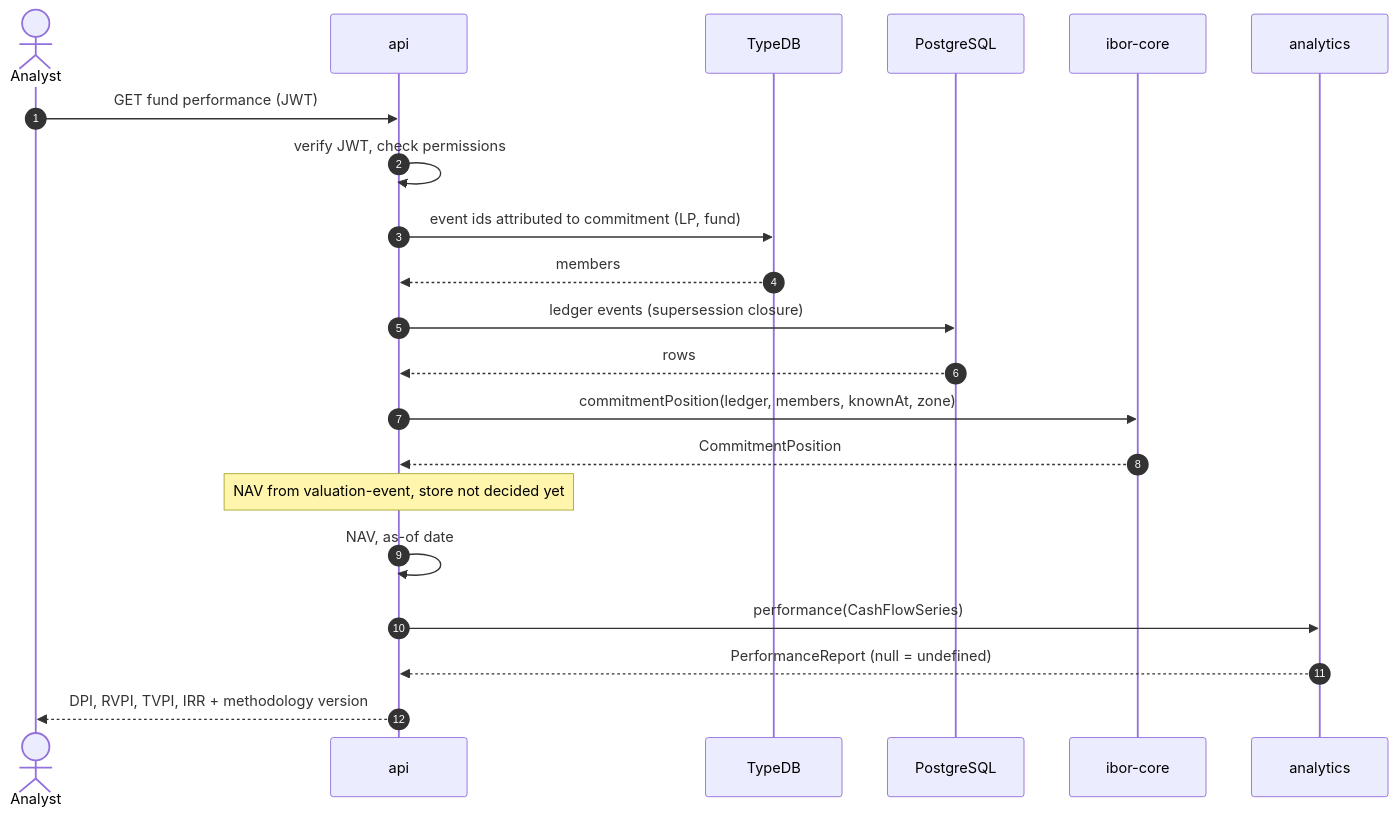
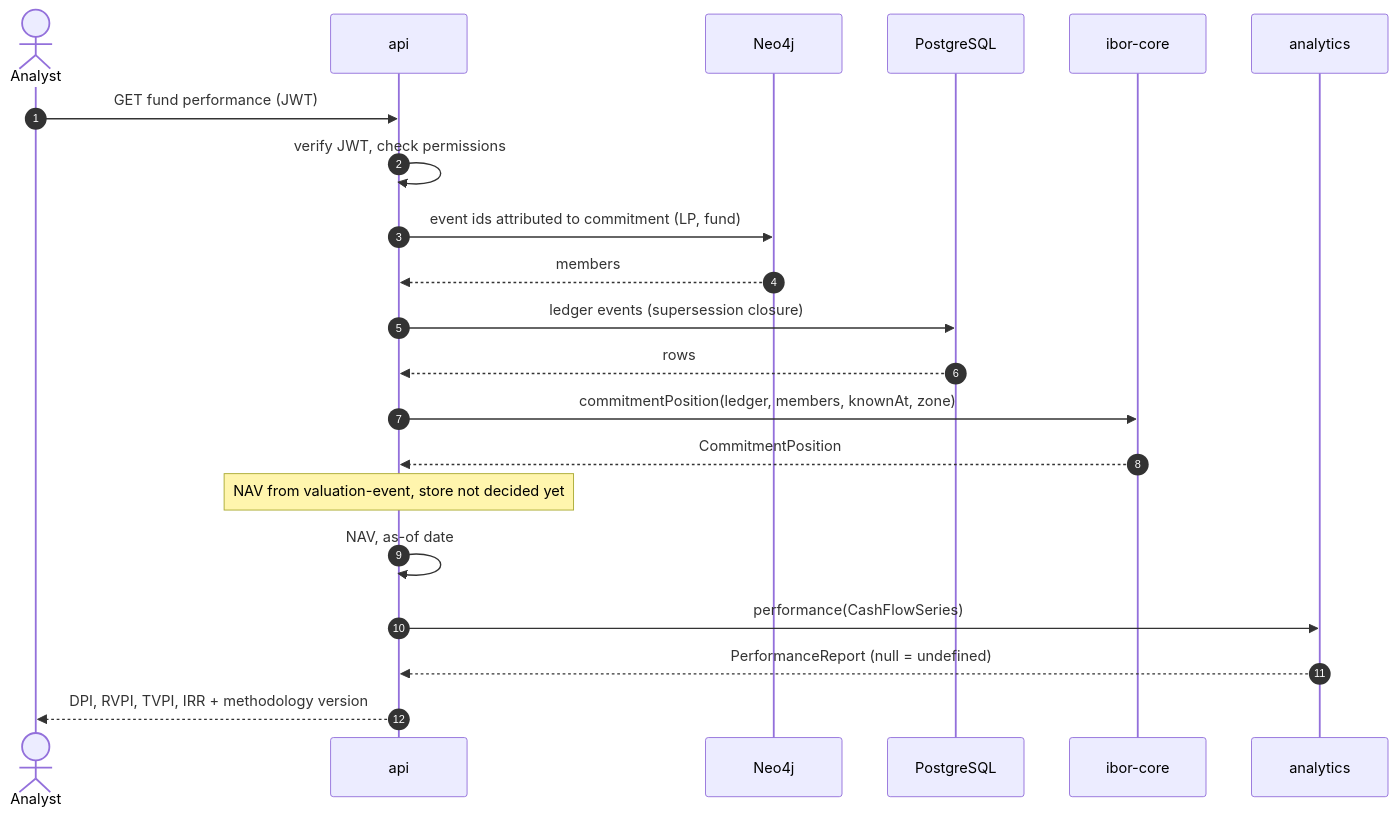
Diagram 12 of 15 in docs/system-design.md (TANTIRA/OCTO), drawn with Mermaid before and after one commit. The commit also changed other lines of this file and 40 other files, not shown here.

First line of the commit message:
feat: Neo4j graph store — provisioning + Cypher schema of record (#190)

````diff
--- a/docs/system-design.md
+++ b/docs/system-design.md
@@ -504,24 +504,24 @@
 ```mermaid
 sequenceDiagram
   autonumber
   actor U as Analyst
   participant API as api
-  participant TDB as TypeDB
+  participant TDB as Neo4j
   participant PG as PostgreSQL
   participant IB as ibor-core
   participant AN as analytics
 
   U->>API: GET fund performance (JWT)
   API->>API: verify JWT, check permissions
   API->>TDB: event ids attributed to commitment (LP, fund)
   TDB-->>API: members
   API->>PG: ledger events (supersession closure)
   PG-->>API: rows
   API->>IB: commitmentPosition(ledger, members, knownAt, zone)
   IB-->>API: CommitmentPosition
   Note over API: NAV from valuation-event, store not decided yet
   API->>API: NAV, as-of date
   API->>AN: performance(CashFlowSeries)
   AN-->>API: PerformanceReport (null = undefined)
   API-->>U: DPI, RVPI, TVPI, IRR + methodology version
 ```
````
